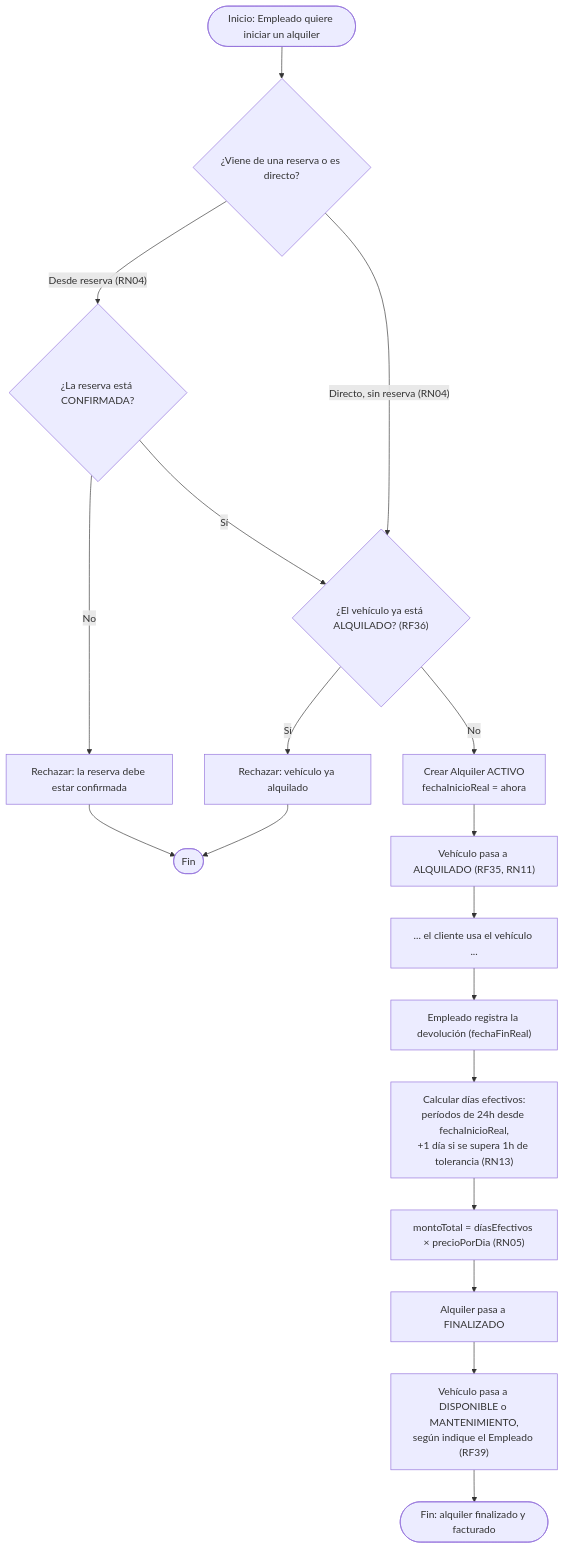
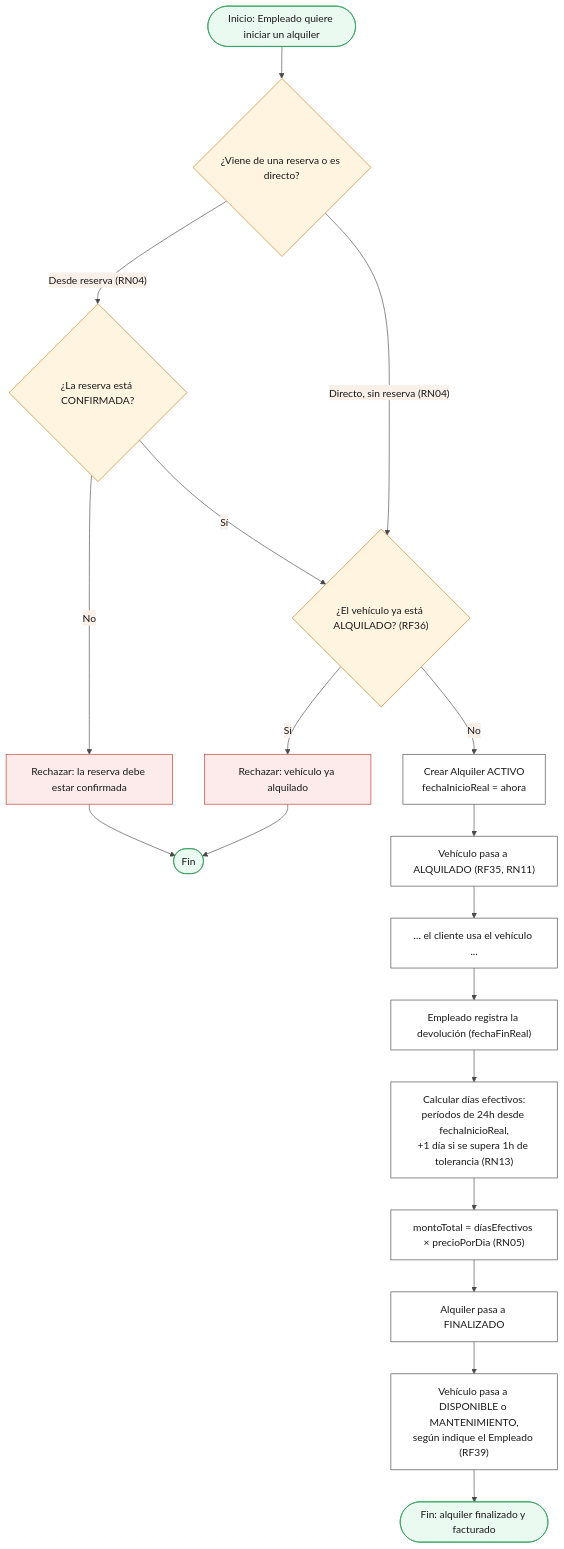
Before and after one commit to chaarlyez/Sistema_de_alquiler_de_veh-culos: the sixth of 7 diagrams in docs/03-uml/03-alquileres-mariocardona970546.md, drawn with Mermaid. The commit also changed other lines of this file and 6 other files, not shown here.

First line of the commit message:
docs: colorear todos los diagramas Mermaid y cerrar observacion de notacion

````diff
--- a/docs/03-uml/03-alquileres-mariocardona970546.md
+++ b/docs/03-uml/03-alquileres-mariocardona970546.md
@@ -259,23 +349,40 @@
 ```mermaid
+%%{init: {'theme': 'base', 'themeVariables': {
+  'background': '#ffffff',
+  'primaryColor': '#eafaf0',
+  'primaryBorderColor': '#2f9e5c',
+  'primaryTextColor': '#1a1a1a',
+  'lineColor': '#4a4a4a',
+  'textColor': '#1a1a1a'
+}}}%%
 flowchart TD
     Start(["Inicio: Empleado quiere iniciar un alquiler"]) --> Origen{"¿Viene de una reserva o es directo?"}
     Origen -- "Desde reserva (RN04)" --> ValReserva{"¿La reserva está CONFIRMADA?"}
     ValReserva -- No --> R1["Rechazar: la reserva debe estar confirmada"]
     R1 --> Fin1(["Fin"])
     ValReserva -- Sí --> ValVehiculo
     Origen -- "Directo, sin reserva (RN04)" --> ValVehiculo
 
     ValVehiculo{"¿El vehículo ya está ALQUILADO? (RF36)"}
     ValVehiculo -- Sí --> R2["Rechazar: vehículo ya alquilado"]
     R2 --> Fin1
 
     ValVehiculo -- No --> Crear["Crear Alquiler ACTIVO<br/>fechaInicioReal = ahora"]
     Crear --> Ocupar["Vehículo pasa a ALQUILADO (RF35, RN11)"]
     Ocupar --> Uso["... el cliente usa el vehículo ..."]
     Uso --> Devolucion["Empleado registra la devolución (fechaFinReal)"]
     Devolucion --> Calcular["Calcular días efectivos:<br/>períodos de 24h desde fechaInicioReal,<br/>+1 día si se supera 1h de tolerancia (RN13)"]
     Calcular --> Monto["montoTotal = díasEfectivos × precioPorDia (RN05)"]
     Monto --> Finalizar["Alquiler pasa a FINALIZADO"]
     Finalizar --> EstadoFinal["Vehículo pasa a DISPONIBLE o MANTENIMIENTO,<br/>según indique el Empleado (RF39)"]
     EstadoFinal --> Fin2(["Fin: alquiler finalizado y facturado"])
+
+    classDef startEnd fill:#eafaf0,stroke:#2f9e5c,color:#1a1a1a
+    classDef decision fill:#fff4e0,stroke:#c97a1e,color:#1a1a1a
+    classDef action fill:#ffffff,stroke:#4a4a4a,color:#1a1a1a
+    classDef reject fill:#fdeaea,stroke:#c0392b,color:#1a1a1a
+    class Start,Fin1,Fin2 startEnd
+    class Origen,ValReserva,ValVehiculo decision
+    class Crear,Ocupar,Uso,Devolucion,Calcular,Monto,Finalizar,EstadoFinal action
+    class R1,R2 reject
 ```
````
